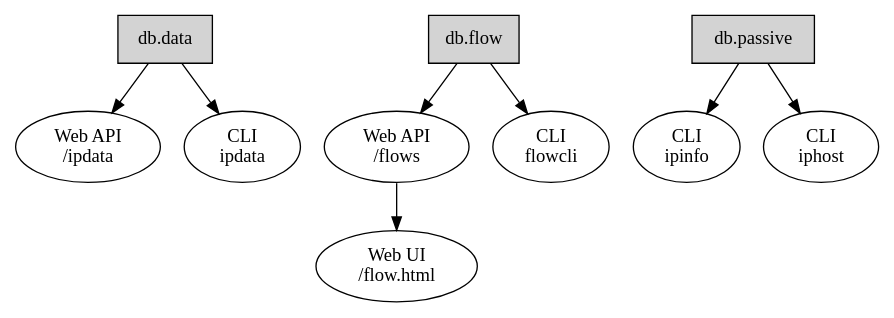
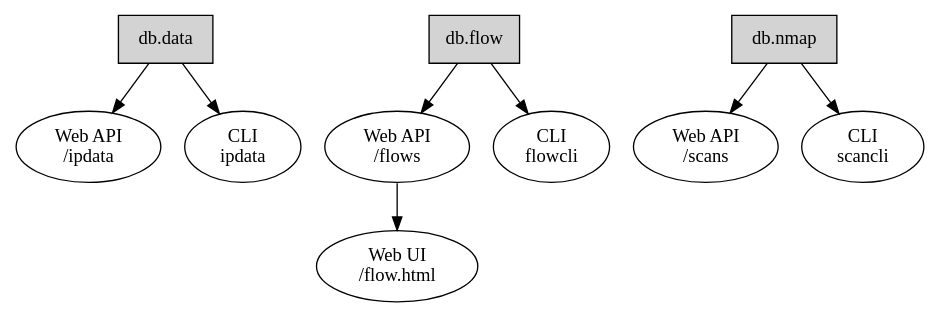
Before and after one commit to ivre/ivre: the second of 3 diagrams in doc/overview/principles.rst, drawn with Graphviz. The commit also changed 78 other files, not shown here.

Commit message:
Doc: update passive Web APIs

```diff
--- a/doc/overview/principles.rst
+++ b/doc/overview/principles.rst
@@ -106,21 +106,21 @@
 .. graphviz::
 
    digraph {
       db_data [label="db.data" shape="box" style="filled"];
       db_flow [label="db.flow" shape="box" style="filled"];
-      db_passive [label="db.passive" shape="box" style="filled"];
+      db_nmap [label="db.nmap" shape="box" style="filled"];
       web_api_data [label="Web API\n/ipdata"];
       web_api_flows [label="Web API\n/flows"];
+      web_api_scans [label="Web API\n/scans"];
       web_ui_flow [label="Web UI\n/flow.html"];
       cli_ipdata [label="CLI\nipdata"];
       cli_flow [label="CLI\nflowcli"];
-      cli_ipinfo [label="CLI\nipinfo"];
-      cli_iphost [label="CLI\niphost"];
+      cli_scancli [label="CLI\nscancli"];
       db_data -> web_api_data;
       db_flow -> web_api_flows;
       db_flow -> cli_flow;
-      db_passive -> cli_ipinfo;
-      db_passive -> cli_iphost;
+      db_nmap -> web_api_scans;
       web_api_flows -> web_ui_flow;
       db_data -> cli_ipdata;
+      db_nmap -> cli_scancli;
   }
```
